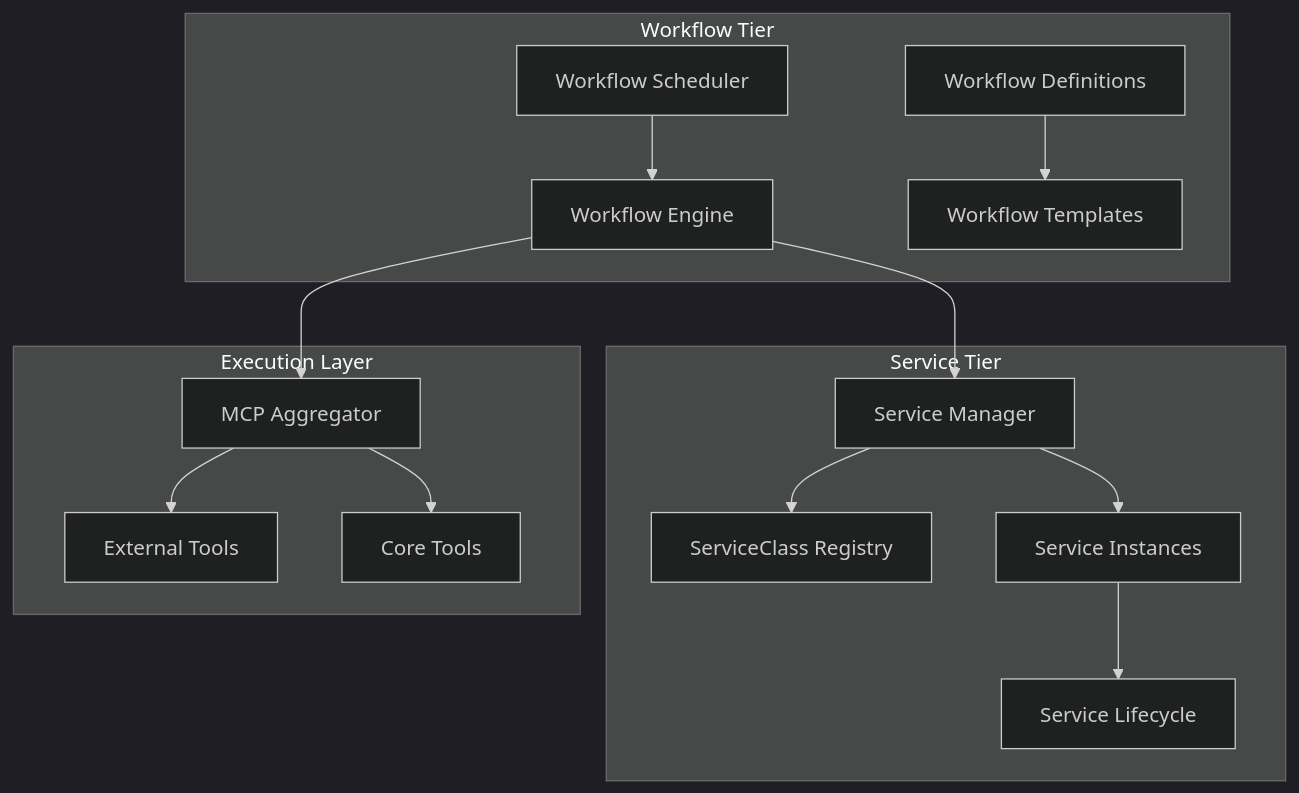
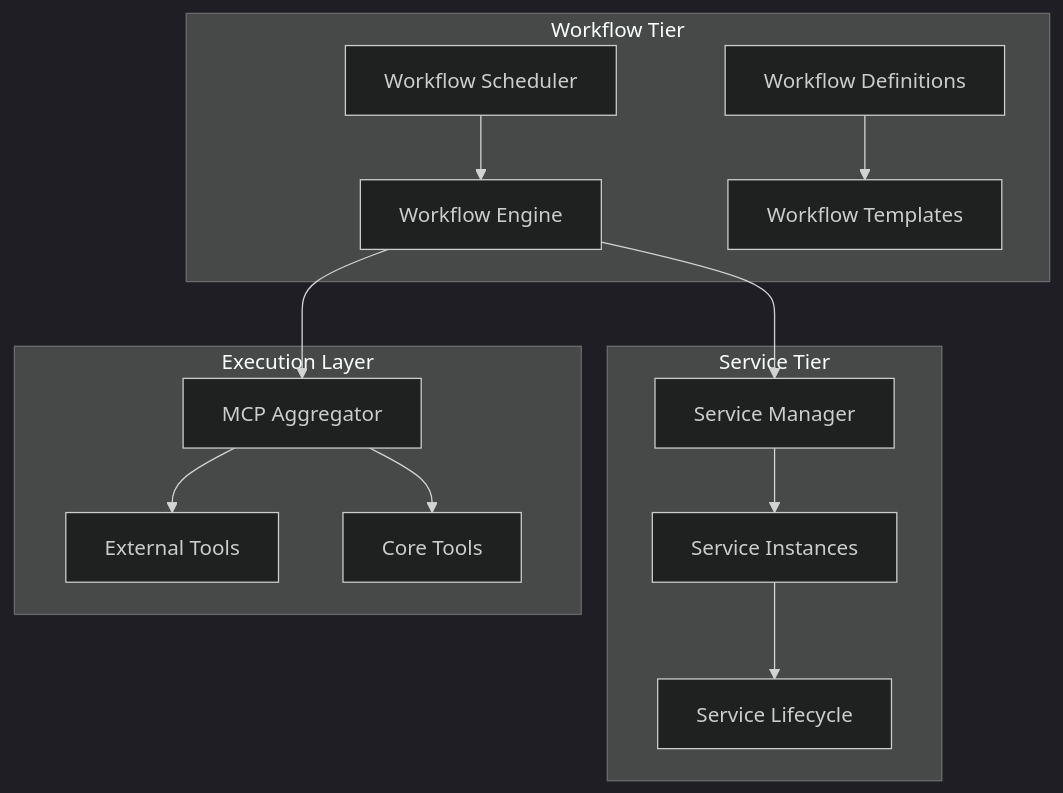
Before and after one commit to giantswarm/muster: the first of 2 diagrams in docs/explanation/orchestration.md, drawn with Mermaid (dark theme). The commit also changed other lines of this file and 52 other files, not shown here.

````diff
--- a/docs/explanation/orchestration.md
+++ b/docs/explanation/orchestration.md
@@ -15,34 +15,32 @@
 ```mermaid
 graph TB
     subgraph "Workflow Tier"
         WE[Workflow Engine]
         WD[Workflow Definitions]
         WT[Workflow Templates]
         WS[Workflow Scheduler]
     end
 
     subgraph "Service Tier"
         SM[Service Manager]
-        SC[ServiceClass Registry]
         SI[Service Instances]
         SL[Service Lifecycle]
     end
 
     subgraph "Execution Layer"
         MCPAgg[MCP Aggregator]
         ExtTools[External Tools]
         CoreTools[Core Tools]
     end
 
     WE --> SM
     WE --> MCPAgg
     SM --> SI
-    SM --> SC
     WS --> WE
     WD --> WT
 
     MCPAgg --> ExtTools
     MCPAgg --> CoreTools
 
     SI --> SL
 ```
````
